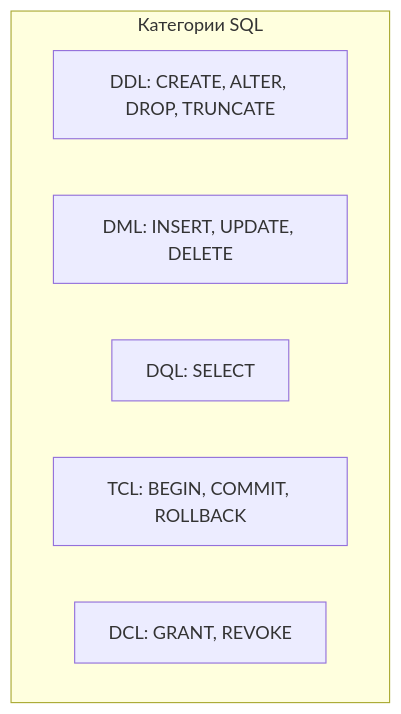
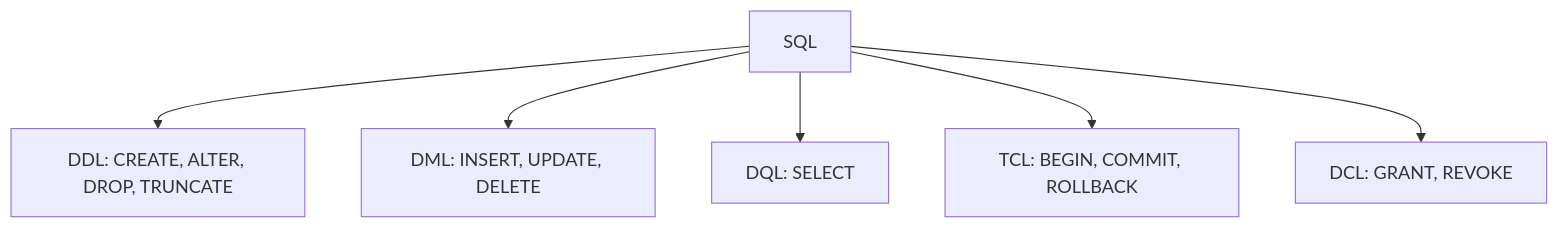
One commit to younggsad/obsidian-store changed the first of 3 diagrams in Innowise/Вопросы к собесу/Backend/Data Bases.md. Above: the diagram before and after it, drawn with Mermaid. The commit also changed other lines of this file and 2 other files, not shown here.

`````diff
--- a/Innowise/Вопросы к собесу/Backend/Data Bases.md
+++ b/Innowise/Вопросы к собесу/Backend/Data Bases.md
@@ -135,10 +101,8 @@
 ```mermaid
 flowchart TD
-    subgraph SQL_Commands [Категории SQL]
-        DDL[DDL: CREATE, ALTER, DROP, TRUNCATE]
-        DML[DML: INSERT, UPDATE, DELETE]
-        DQL[DQL: SELECT]
-        TCL[TCL: BEGIN, COMMIT, ROLLBACK]
-        DCL[DCL: GRANT, REVOKE]
-    end
-````
+    SQL["SQL"] --> DDL["DDL: CREATE, ALTER, DROP, TRUNCATE"]
+    SQL --> DML["DML: INSERT, UPDATE, DELETE"]
+    SQL --> DQL["DQL: SELECT"]
+    SQL --> TCL["TCL: BEGIN, COMMIT, ROLLBACK"]
+    SQL --> DCL["DCL: GRANT, REVOKE"]
+```
`````
